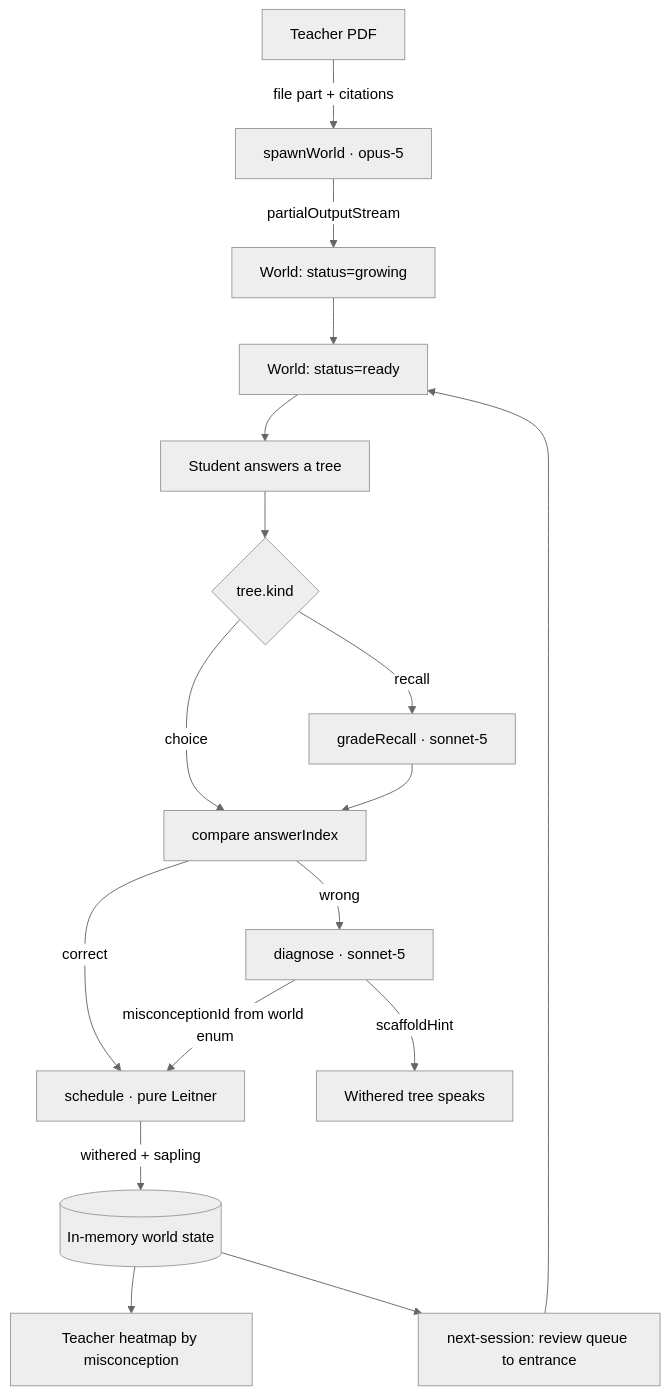
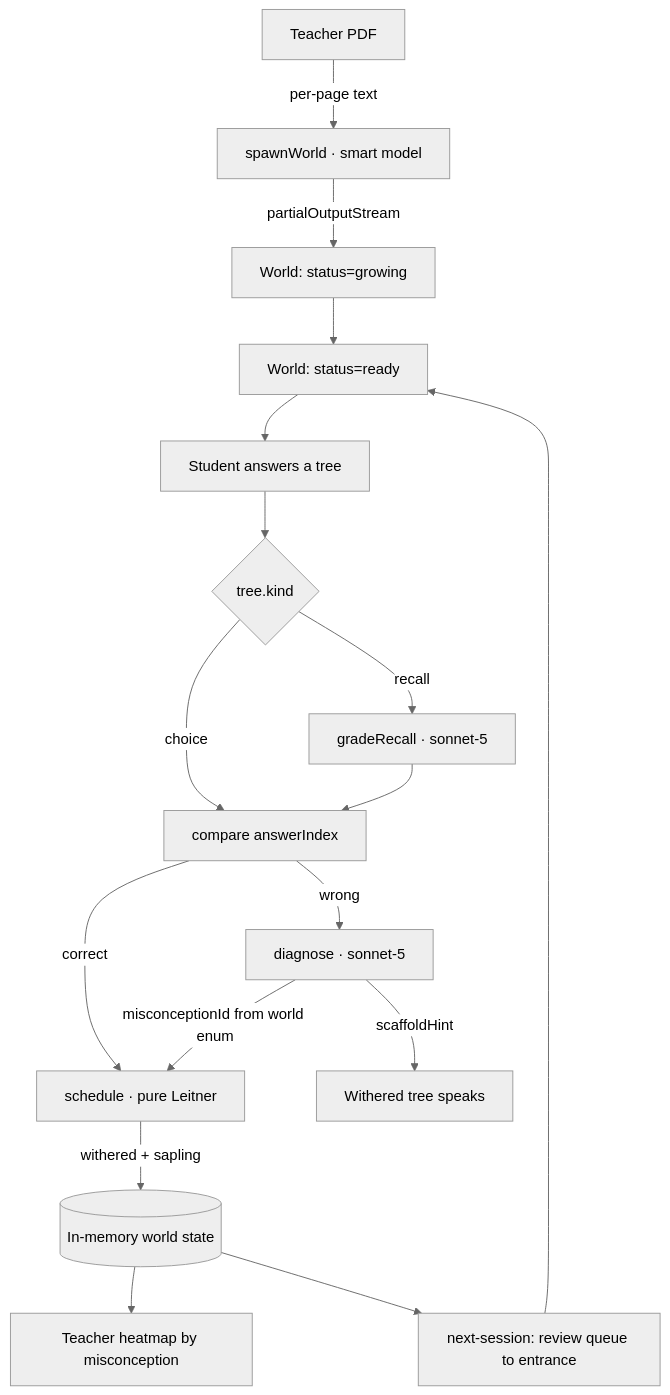
The diagram in docs/BUILDER-B-BRAIN.md (AnythingZen/StudentHelpers), drawn with Mermaid (neutral theme) before and after one commit. The commit also changed other lines of this file and 6 other files, not shown here.

````diff
--- a/docs/BUILDER-B-BRAIN.md
+++ b/docs/BUILDER-B-BRAIN.md
@@ -382,22 +398,22 @@
 ```mermaid
 flowchart TD
-    PDF[Teacher PDF] -->|file part + citations| SPAWN[spawnWorld · opus-5]
+    PDF[Teacher PDF] -->|per-page text| SPAWN[spawnWorld · smart model]
     SPAWN -->|partialOutputStream| GROW[World: status=growing]
     GROW --> READY[World: status=ready]
 
     READY --> Q[Student answers a tree]
     Q --> KIND{tree.kind}
     KIND -->|choice| CHECK[compare answerIndex]
     KIND -->|recall| GRADE[gradeRecall · sonnet-5]
     GRADE --> CHECK
 
     CHECK -->|correct| SCHED[schedule · pure Leitner]
     CHECK -->|wrong| DIAG[diagnose · sonnet-5]
     DIAG -->|misconceptionId from world enum| SCHED
     DIAG -->|scaffoldHint| CARD[Withered tree speaks]
 
     SCHED -->|withered + sapling| STATE[(In-memory world state)]
     STATE --> HEAT[Teacher heatmap by misconception]
     STATE --> NEXT[next-session: review queue to entrance]
     NEXT --> READY
 ```
````
